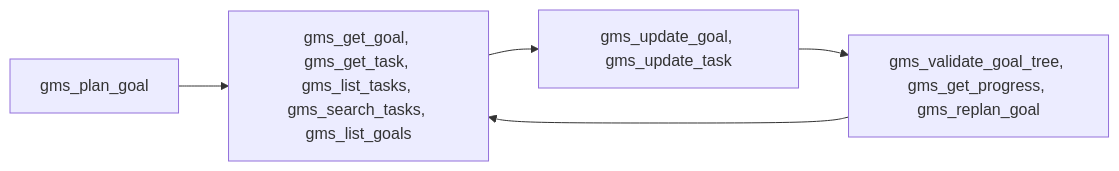
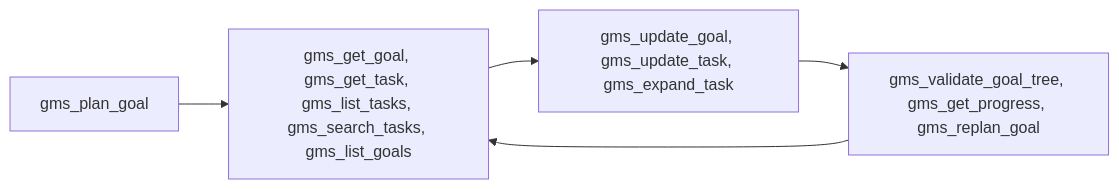
Before and after one commit to FarukAda/langchain-ts-gms: the third of 3 diagrams in docs/architecture.md, drawn with Mermaid. The commit also changed other lines of this file and 67 other files, not shown here.

````diff
--- a/docs/architecture.md
+++ b/docs/architecture.md
@@ -101,12 +101,12 @@
 ```mermaid
 flowchart LR
     plan[gms_plan_goal]
     retrieve["gms_get_goal, gms_get_task, gms_list_tasks, gms_search_tasks, gms_list_goals"]
-    mutate["gms_update_goal, gms_update_task"]
+    mutate["gms_update_goal, gms_update_task, gms_expand_task"]
     control["gms_validate_goal_tree, gms_get_progress, gms_replan_goal"]
 
     plan --> retrieve
     retrieve --> mutate
     mutate --> control
     control --> retrieve
 ```
````
